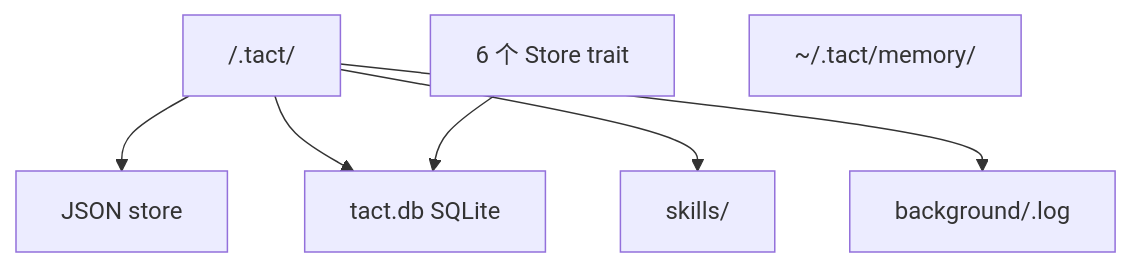
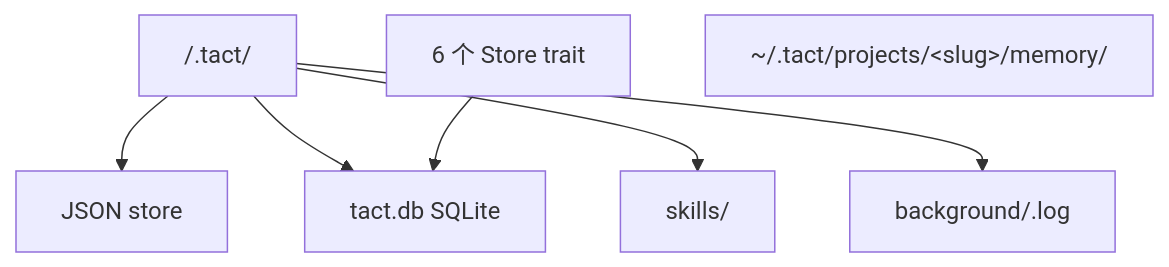
The first of 2 diagrams in book/01_chapter_store_zh.md (rust-infra/tact), drawn with Mermaid before and after one commit. The commit also changed other lines of this file and 37 other files, not shown here.

````diff
--- a/book/01_chapter_store_zh.md
+++ b/book/01_chapter_store_zh.md
@@ -18,9 +18,9 @@
 ```mermaid
 graph TD
     root[<workdir>/.tact/] --> json[JSON store]
     root --> db[tact.db SQLite]
     root --> skills[skills/]
     root --> bg[background/<id>.log]
     ss[6 个 Store trait] --> db
-    mem[~/.tact/memory/]
+    mem[~/.tact/projects/&lt;slug&gt;/memory/]
 ```
````
